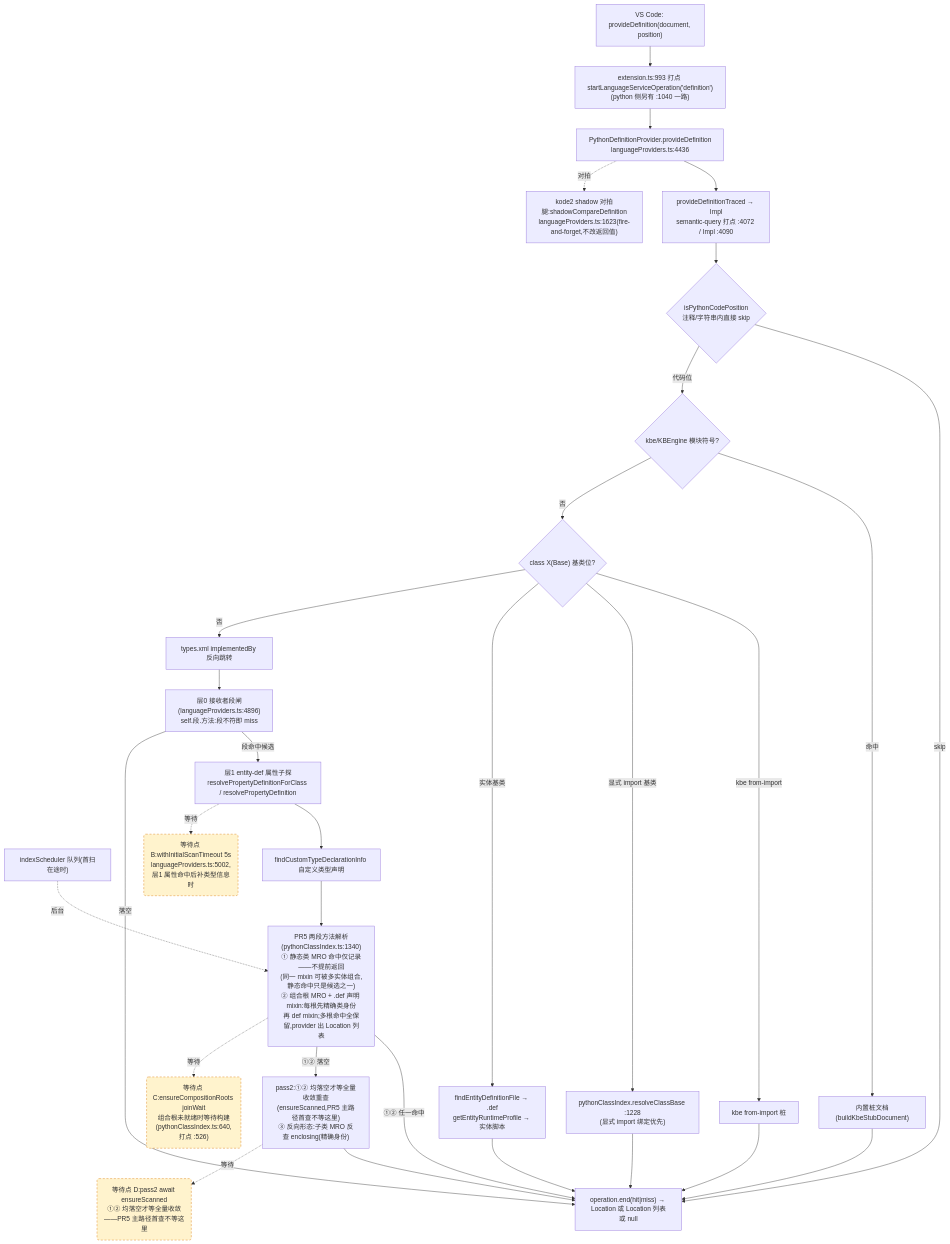
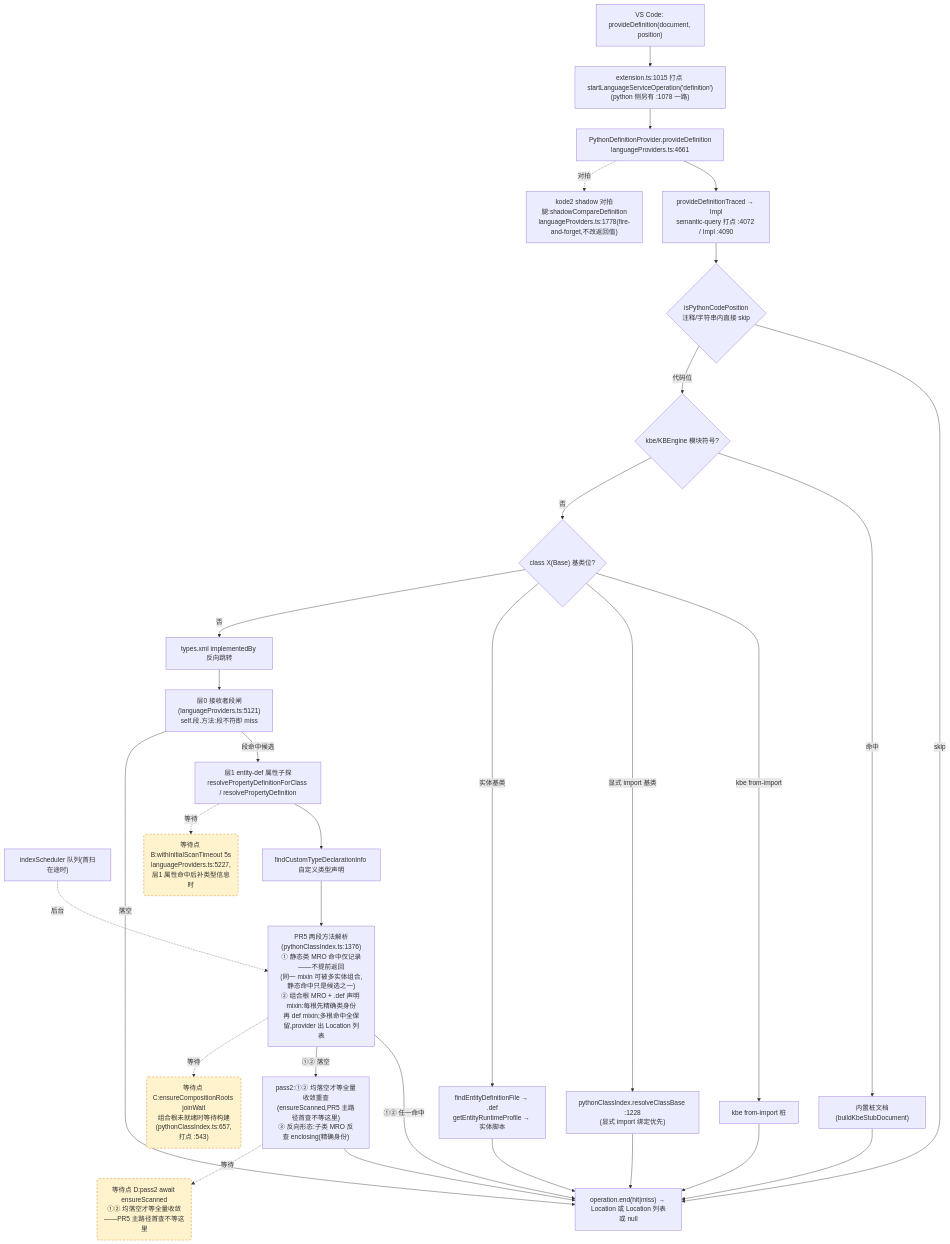
One commit to cuihairu/kode changed the second of 4 diagrams in docs/perf/2026-baseline.md. Above: the diagram before and after it, drawn with Mermaid. The commit also changed other lines of this file and 48 other files, not shown here.

````diff
--- a/docs/perf/2026-baseline.md
+++ b/docs/perf/2026-baseline.md
@@ -130,51 +130,51 @@
 ```mermaid
 flowchart TD
   VC2["VS Code: provideDefinition(document, position)"]
-  M2["extension.ts:993 打点 startLanguageServiceOperation('definition')<br/>(python 侧另有 :1040 一路)"]
-  AD2["PythonDefinitionProvider.provideDefinition<br/>languageProviders.ts:4436"]
+  M2["extension.ts:1015 打点 startLanguageServiceOperation('definition')<br/>(python 侧另有 :1078 一路)"]
+  AD2["PythonDefinitionProvider.provideDefinition<br/>languageProviders.ts:4661"]
   TR["provideDefinitionTraced → Impl<br/>semantic-query 打点 :4072 / Impl :4090"]
   CTX{"isPythonCodePosition<br/>注释/字符串内直接 skip"}
   KBE{"kbe/KBEngine 模块符号?"}
   STUB["内置桩文档(buildKbeStubDocument)"]
   CB{"class X(Base) 基类位?"}
   CB1["kbe from-import 桩"]
   CB2["pythonClassIndex.resolveClassBase :1228<br/>(显式 import 绑定优先)"]
   CB3["findEntityDefinitionFile → .def<br/>getEntityRuntimeProfile → 实体脚本"]
   REV["types.xml implementedBy 反向跳转"]
-  L0["层0 接收者段闸(languageProviders.ts:4896)<br/>self.段.方法:段不符即 miss"]
+  L0["层0 接收者段闸(languageProviders.ts:5121)<br/>self.段.方法:段不符即 miss"]
   L1["层1 entity-def 属性子探<br/>resolvePropertyDefinitionForClass / resolvePropertyDefinition"]
   SCAN["indexScheduler 队列(首扫在途时)"]
   TY["findCustomTypeDeclarationInfo 自定义类型声明"]
-  MRO["PR5 两段方法解析(pythonClassIndex.ts:1340)<br/>① 静态类 MRO 命中仅记录——不提前返回<br/>(同一 mixin 可被多实体组合,静态命中只是候选之一)<br/>② 组合根 MRO + .def 声明 mixin:每根先精确类身份<br/>再 def mixin;多根命中全保留,provider 出 Location 列表"]
+  MRO["PR5 两段方法解析(pythonClassIndex.ts:1376)<br/>① 静态类 MRO 命中仅记录——不提前返回<br/>(同一 mixin 可被多实体组合,静态命中只是候选之一)<br/>② 组合根 MRO + .def 声明 mixin:每根先精确类身份<br/>再 def mixin;多根命中全保留,provider 出 Location 列表"]
   PASS2["pass2:①② 均落空才等全量收敛重查<br/>(ensureScanned,PR5 主路径首查不等这里)<br/>③ 反向形态:子类 MRO 反查 enclosing(精确身份)"]
-  SHD["kode2 shadow 对拍腿:shadowCompareDefinition<br/>languageProviders.ts:1623(fire-and-forget,不改返回值)"]
+  SHD["kode2 shadow 对拍腿:shadowCompareDefinition<br/>languageProviders.ts:1778(fire-and-forget,不改返回值)"]
   END2["operation.end(hit|miss) → Location 或 Location 列表或 null"]
 
   VC2 --> M2 --> AD2 --> TR --> CTX
   CTX -- "skip" --> END2
   CTX -- "代码位" --> KBE
   KBE -- "命中" --> STUB --> END2
   KBE -- "否" --> CB
   CB -- "kbe from-import" --> CB1 --> END2
   CB -- "显式 import 基类" --> CB2 --> END2
   CB -- "实体基类" --> CB3 --> END2
   CB -- "否" --> REV --> L0
   L0 -- "段命中候选" --> L1
   L0 -- "落空" --> END2
   L1 --> TY
   TY --> MRO
   MRO -- "①② 任一命中" --> END2
   MRO -- "①② 落空" --> PASS2 --> END2
   AD2 -.->|对拍| SHD
 
-  WAITB("等待点 B:withInitialScanTimeout 5s<br/>languageProviders.ts:5002,层1 属性命中后补类型信息时")
-  WAITC("等待点 C:ensureCompositionRoots joinWait<br/>组合根未就绪时等待构建(pythonClassIndex.ts:640,打点 :526)")
+  WAITB("等待点 B:withInitialScanTimeout 5s<br/>languageProviders.ts:5227,层1 属性命中后补类型信息时")
+  WAITC("等待点 C:ensureCompositionRoots joinWait<br/>组合根未就绪时等待构建(pythonClassIndex.ts:657,打点 :543)")
   WAITD("等待点 D:pass2 await ensureScanned<br/>①② 均落空才等全量收敛——PR5 主路径首查不等这里")
   L1 -.->|等待| WAITB
   MRO -.->|等待| WAITC
   PASS2 -.->|等待| WAITD
   SCAN -.->|后台| MRO
 
   classDef waitPoint fill:#fff3cd,stroke:#d97706,stroke-dasharray:5 4;
   class WAITB,WAITC,WAITD waitPoint;
 ```
````
